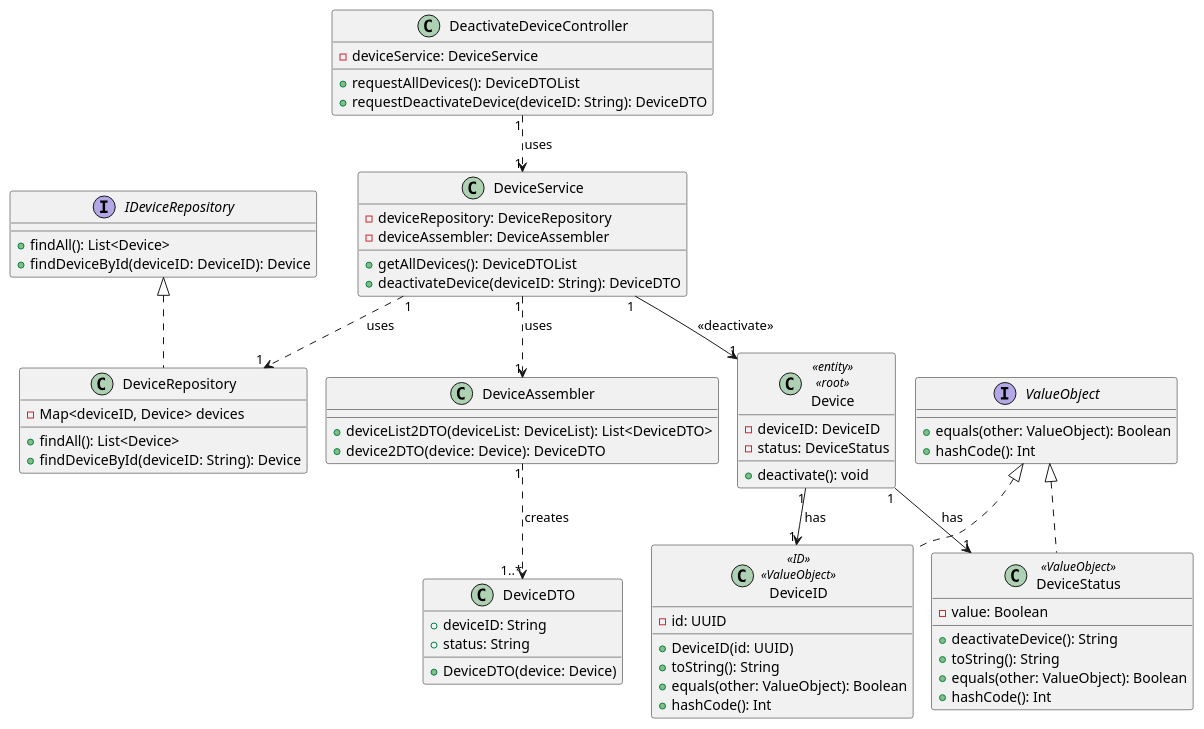
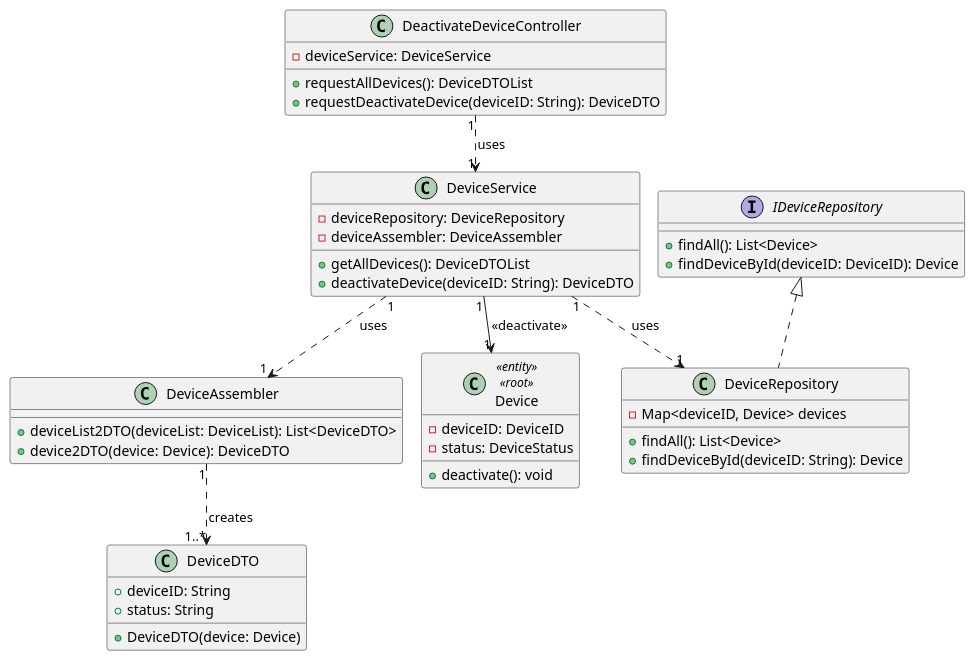
Before and after one commit to olivDiogo/SmartHome: the diagram in docs/ood/classDiagram/US08DeactivateDevice.puml, drawn with PlantUML.

Commit message:
Update: remove value objects from US08 CD, addresses 105

```diff
--- a/docs/ood/classDiagram/US08DeactivateDevice.puml
+++ b/docs/ood/classDiagram/US08DeactivateDevice.puml
@@ -1,78 +1,55 @@
 @startuml
 'https://plantuml.com/class-diagram
 
 !pragma layout smetana
 !pragma scale 100 width
 !pragma useVerticalIfPossible
 
 class DeactivateDeviceController {
     -deviceService: DeviceService
     +requestAllDevices(): DeviceDTOList
     +requestDeactivateDevice(deviceID: String): DeviceDTO
 }
 
 class DeviceService {
     -deviceRepository: DeviceRepository
     -deviceAssembler: DeviceAssembler
     +getAllDevices(): DeviceDTOList
     +deactivateDevice(deviceID: String): DeviceDTO
 }
 
 class DeviceRepository implements IDeviceRepository {
     -Map<deviceID, Device> devices
     +findAll(): List<Device>
     +findDeviceById(deviceID: String): Device
 }
 
 interface IDeviceRepository {
     +findAll(): List<Device>
     +findDeviceById(deviceID: DeviceID): Device
 }
 
 class DeviceAssembler {
     +deviceList2DTO(deviceList: DeviceList): List<DeviceDTO>
     +device2DTO(device: Device): DeviceDTO
 }
 
 
 class DeviceDTO {
     +deviceID: String
     +status: String
     +DeviceDTO(device: Device)
 }
 
 class Device<<entity>><<root>> {
     -deviceID: DeviceID
     -status: DeviceStatus
     +deactivate(): void
 }
 
-class DeviceStatus<<ValueObject>> implements ValueObject{
-    -value: Boolean
-    +deactivateDevice(): String
-    +toString(): String
-    +equals(other: ValueObject): Boolean
-    +hashCode(): Int
-}
-
-class DeviceID<<ID>><<ValueObject>> implements ValueObject{
-    -id: UUID
-    +DeviceID(id: UUID)
-    +toString(): String
-    +equals(other: ValueObject): Boolean
-    +hashCode(): Int
-}
-
-interface ValueObject {
-    +equals(other: ValueObject): Boolean
-    +hashCode(): Int
-}
-
 DeactivateDeviceController "1" ..> "1" DeviceService: uses >
 DeviceService "1" ..> "1" DeviceRepository: uses >
 DeviceService "1" ..> "1" DeviceAssembler: uses >
 DeviceAssembler "1" ..> "1..*" DeviceDTO: creates >
 DeviceService "1" --> "1" Device: <<deactivate>>
-Device "1" --> "1" DeviceID: has >
-Device "1" --> "1" DeviceStatus: has >
 @enduml
```
